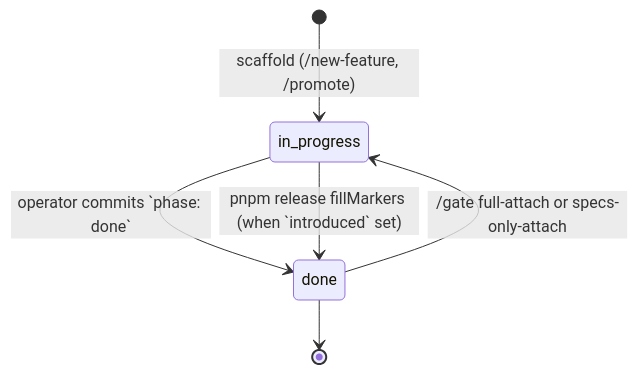
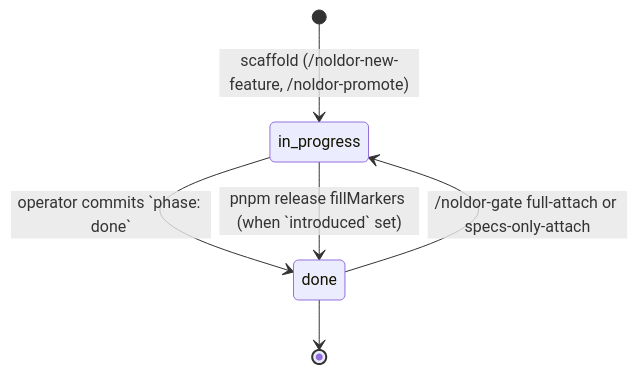
The second of 2 diagrams in templates/docs/noldor/lifecycle.md (davidzoufaly/noldor), drawn with Mermaid before and after one commit. The commit also changed other lines of this file and 176 other files, not shown here.

````diff
--- a/templates/docs/noldor/lifecycle.md
+++ b/templates/docs/noldor/lifecycle.md
@@ -95,8 +95,8 @@
 ```mermaid
 stateDiagram-v2
-    [*] --> in_progress: scaffold (/new-feature, /promote)
+    [*] --> in_progress: scaffold (/noldor-new-feature, /noldor-promote)
     in_progress --> done: operator commits `phase: done`
-    done --> in_progress: /gate full-attach or specs-only-attach
+    done --> in_progress: /noldor-gate full-attach or specs-only-attach
     in_progress --> done: pnpm release fillMarkers (when `introduced` set)
     done --> [*]
 ```
````
